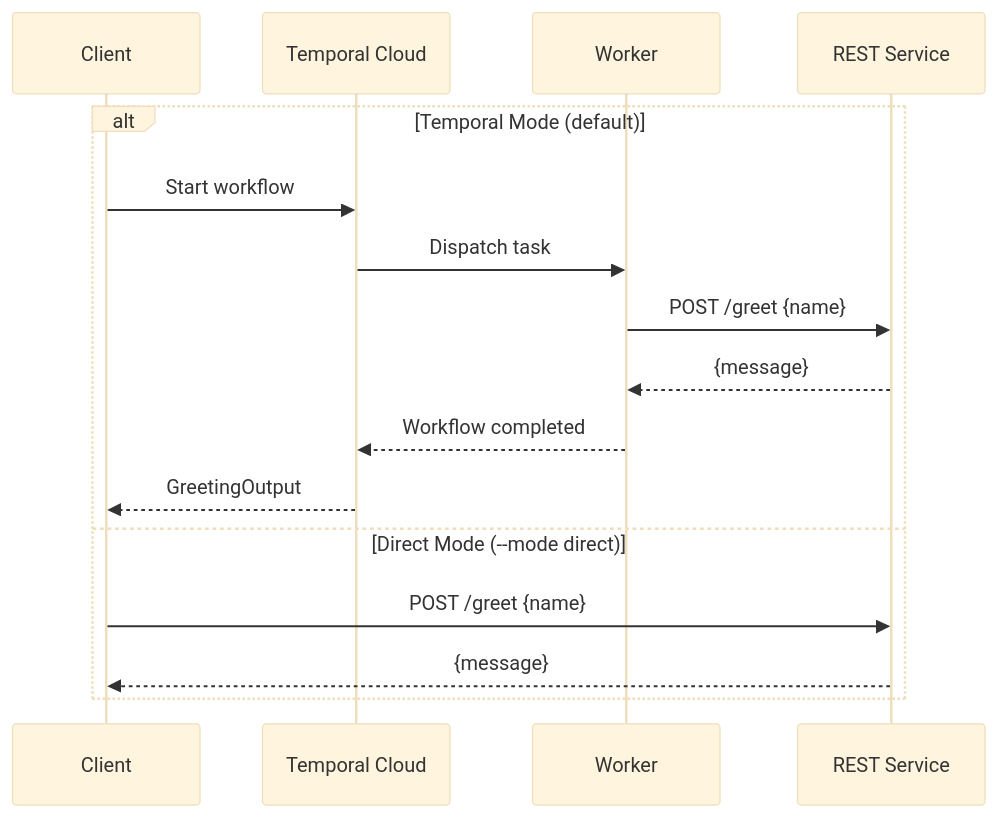
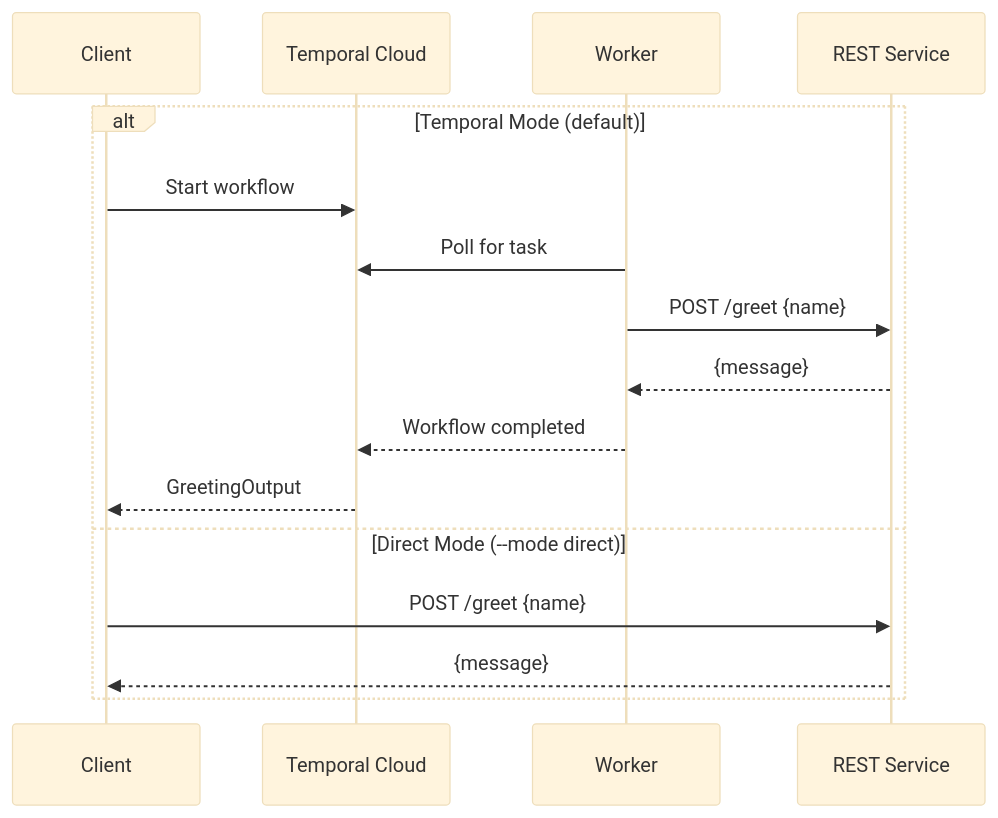
One commit to dustinruehle/api-temporal-shim changed the diagram in README.md. Above: the diagram before and after it, drawn with Mermaid (base theme).

Commit message:
Change dispatch arrow to poll direction in architecture diagram
Worker polls Temporal for tasks rather than Temporal pushing to Worker.

````diff
--- a/README.md
+++ b/README.md
@@ -7,19 +7,19 @@
 ```mermaid
 sequenceDiagram
     participant Client
     participant Temporal Cloud
     participant Worker
     participant REST Service
 
     alt Temporal Mode (default)
         Client->>Temporal Cloud: Start workflow
-        Temporal Cloud->>Worker: Dispatch task
+        Worker->>Temporal Cloud: Poll for task
         Worker->>REST Service: POST /greet {name}
         REST Service-->>Worker: {message}
         Worker-->>Temporal Cloud: Workflow completed
         Temporal Cloud-->>Client: GreetingOutput
     else Direct Mode (--mode direct)
         Client->>REST Service: POST /greet {name}
         REST Service-->>Client: {message}
     end
 ```
````
